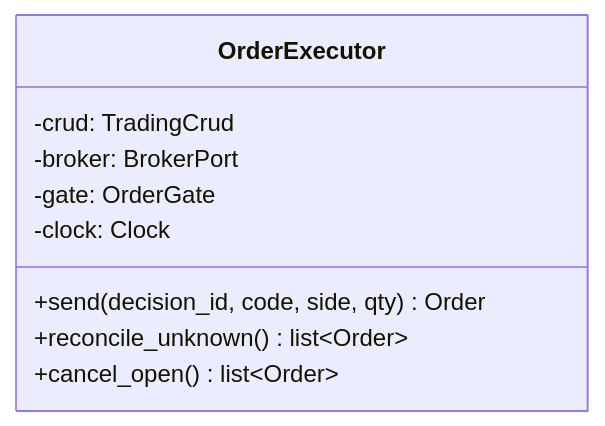
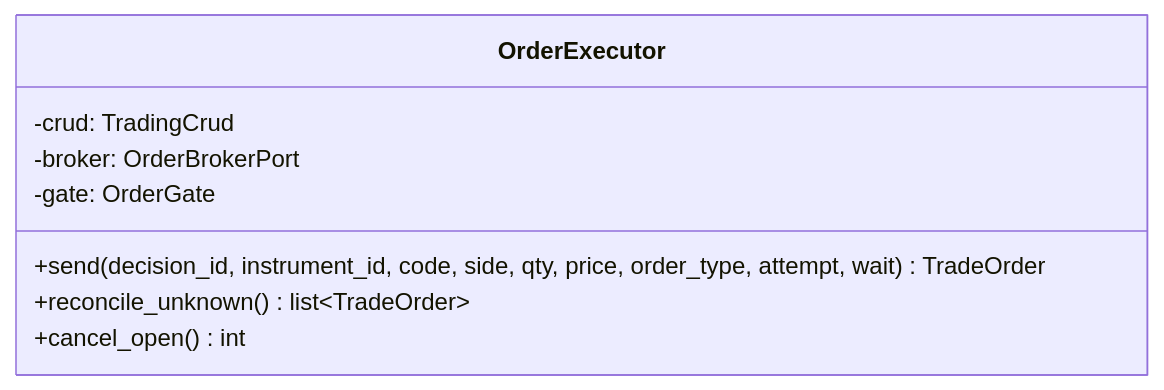
The ninth of 17 diagrams in docs/specs/06-DOM/QBOT-DOM-002.md (HoyoungParkme/quant-rebalance-bot), drawn with Mermaid before and after one commit. The commit also changed other lines of this file, not shown here.

Commit message:
구현 반영: 조회 포트와 주문 포트 분리(6장 미결 2 해소), risk에 OrderGate·ValuationRecorder·LiveGate, reporting crud 추가, 폴더 구조를 실제와 맞춤, 입구 동시성 규칙

````diff
--- a/docs/specs/06-DOM/QBOT-DOM-002.md
+++ b/docs/specs/06-DOM/QBOT-DOM-002.md
@@ -242,12 +253,11 @@
 ```mermaid
 classDiagram
   class OrderExecutor {
     -crud: TradingCrud
-    -broker: BrokerPort
+    -broker: OrderBrokerPort
     -gate: OrderGate
-    -clock: Clock
-    +send(decision_id, code, side, qty) Order
-    +reconcile_unknown() list~Order~
-    +cancel_open() list~Order~
+    +send(decision_id, instrument_id, code, side, qty, price, order_type, attempt, wait) TradeOrder
+    +reconcile_unknown() list~TradeOrder~
+    +cancel_open() int
   }
 ```
````
